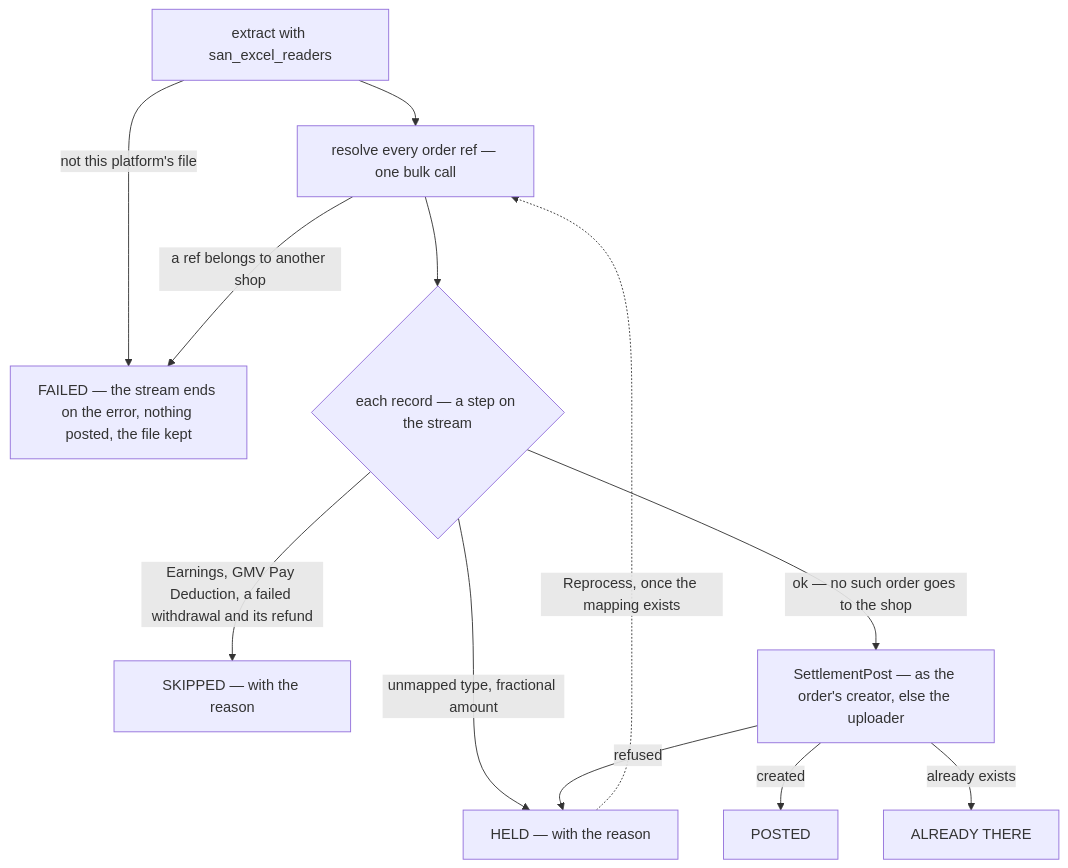
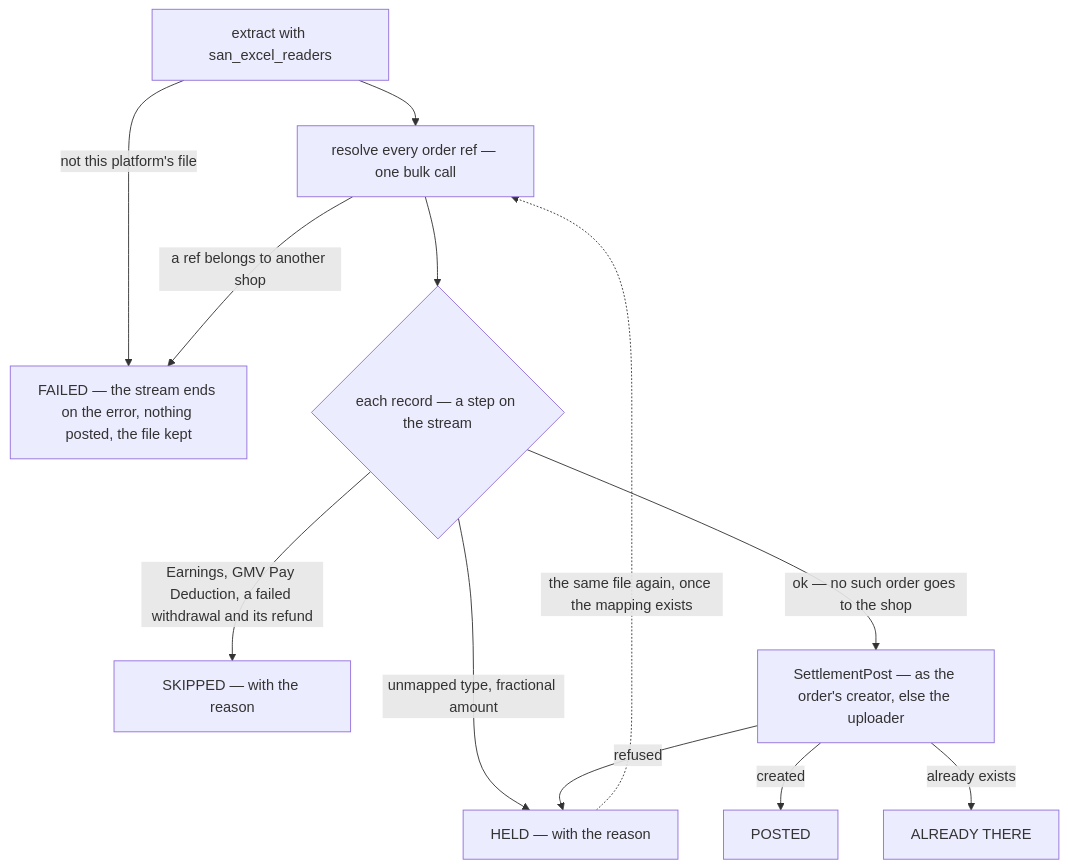
The fourth of 10 diagrams in docs/business/settlement/settlement_importer_clarify.md (pdcgo/warehouse_revamp), drawn with Mermaid before and after one commit. The commit also changed other lines of this file and 5 other files, not shown here.

````diff
--- a/docs/business/settlement/settlement_importer_clarify.md
+++ b/docs/business/settlement/settlement_importer_clarify.md
@@ -142,14 +146,14 @@
 ```mermaid
 flowchart TD
   P["extract with san_excel_readers"] -->|"not this platform's file"| F["FAILED — the stream ends on the error, nothing posted, the file kept"]
   P --> R["resolve every order ref — one bulk call"]
   R -->|"a ref belongs to another shop"| F
   R --> L{"each record — a step on the stream"}
   L -->|"Earnings, GMV Pay Deduction, a failed withdrawal and its refund"| SK["SKIPPED — with the reason"]
   L -->|"unmapped type, fractional amount"| H["HELD — with the reason"]
   L -->|"ok — no such order goes to the shop"| W["SettlementPost — as the order's creator, else the uploader"]
   W -->|"created"| PO["POSTED"]
   W -->|"already exists"| EX["ALREADY THERE"]
   W -->|"refused"| H
-  H -.->|"Reprocess, once the mapping exists"| R
+  H -.->|"the same file again, once the mapping exists"| R
 ```
````
